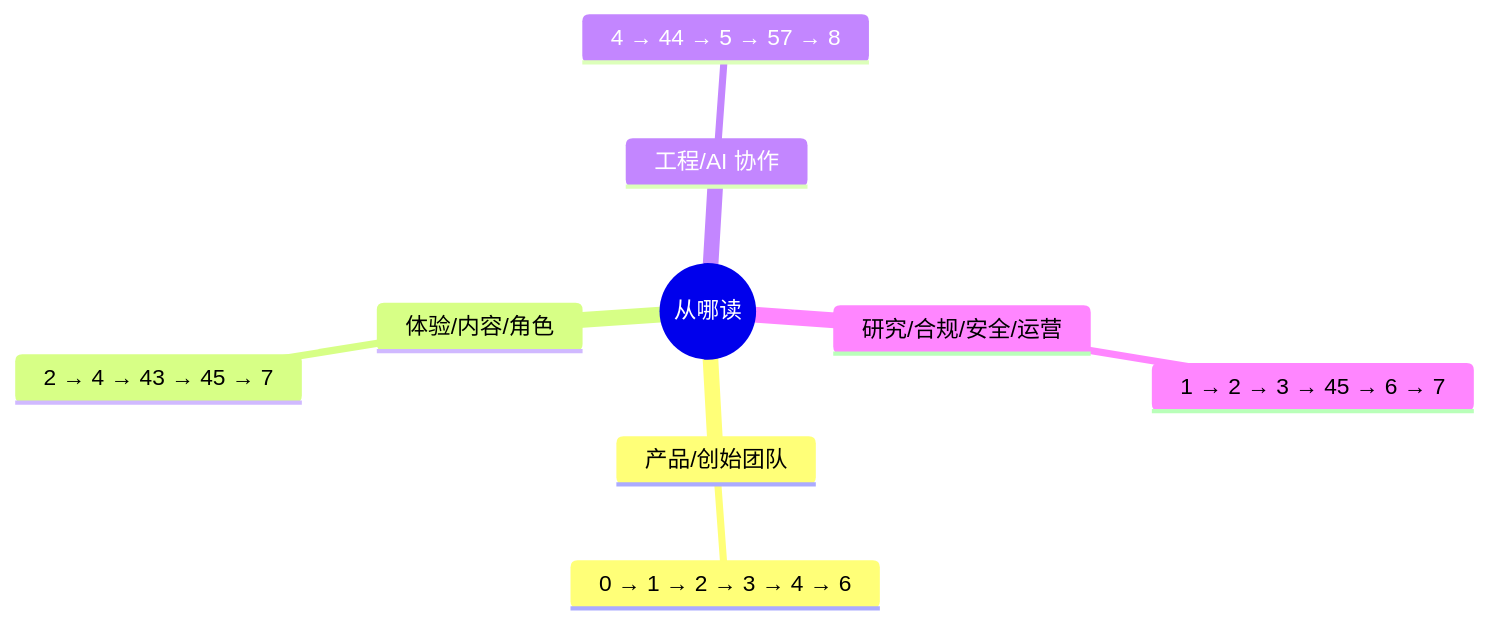
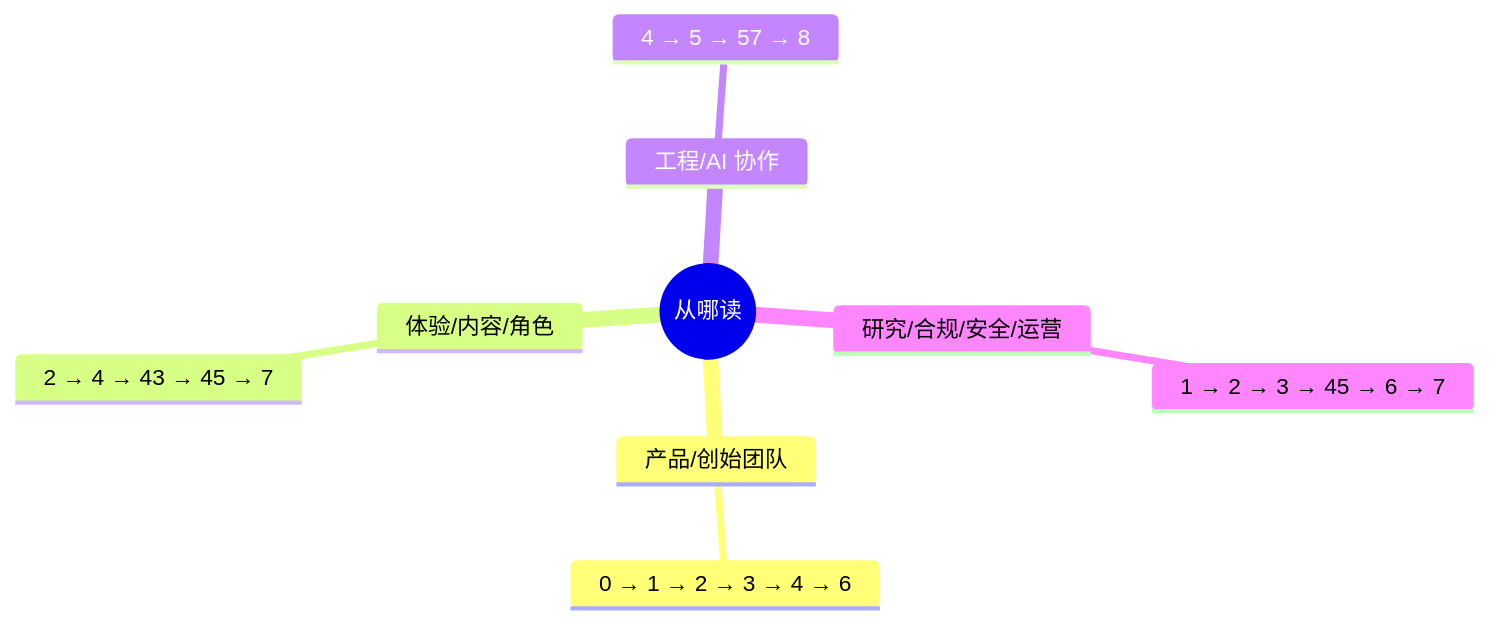
One commit to weiz98417-crypto/qiuqiu changed the fourth of 6 diagrams in docs/球球全套资料/00-资料包索引与使用说明.md. Above: the diagram before and after it, drawn with Mermaid. The commit also changed other lines of this file and 4 other files, not shown here.

````diff
--- a/docs/球球全套资料/00-资料包索引与使用说明.md
+++ b/docs/球球全套资料/00-资料包索引与使用说明.md
@@ -88,12 +104,12 @@
 ```mermaid
 mindmap
   root((从哪读))
     产品/创始团队
       0 → 1 → 2 → 3 → 4 → 6
     体验/内容/角色
       2 → 4 → 43 → 45 → 7
     工程/AI 协作
-      4 → 44 → 5 → 57 → 8
+      4 → 5 → 57 → 8
     研究/合规/安全/运营
       1 → 2 → 3 → 45 → 6 → 7
 ```
````
